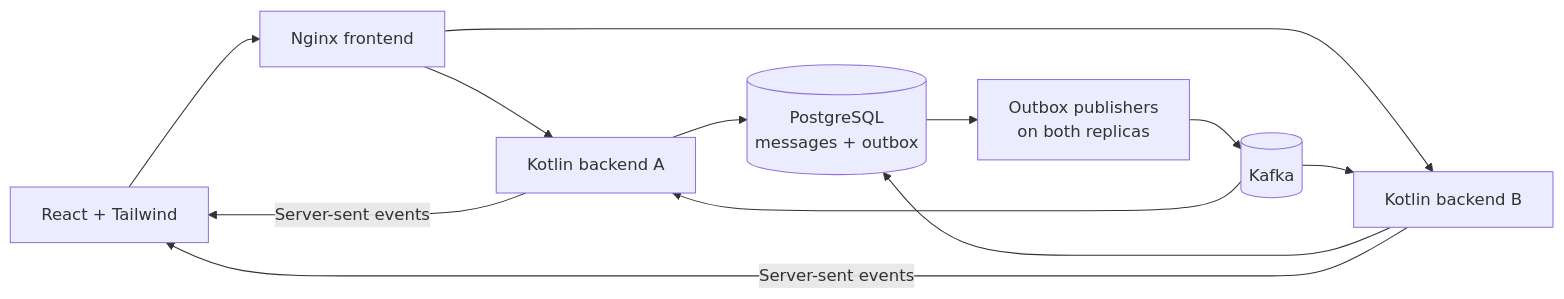
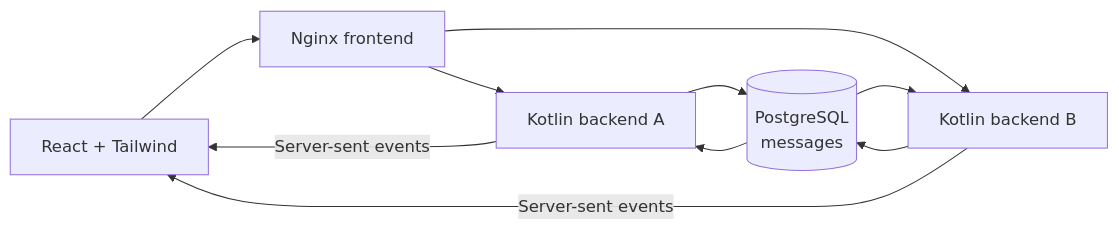
The diagram in README.md (novariiks/nais-distributed-test-app), drawn with Mermaid before and after one commit. The commit also changed other lines of this file and 15 other files, not shown here.

Commit message:
Remove Kafka and deliver chat updates through PostgreSQL

````diff
--- a/README.md
+++ b/README.md
@@ -7,14 +7,12 @@
 ```mermaid
 flowchart LR
     Browser[React + Tailwind] --> Frontend[Nginx frontend]
     Frontend --> A[Kotlin backend A]
     Frontend --> B[Kotlin backend B]
-    A --> DB[(PostgreSQL\nmessages + outbox)]
+    A --> DB[(PostgreSQL\nmessages)]
     B --> DB
-    DB --> Publisher[Outbox publishers\non both replicas]
-    Publisher --> Kafka[(Kafka)]
-    Kafka --> A
-    Kafka --> B
+    DB --> A
+    DB --> B
     A -- Server-sent events --> Browser
     B -- Server-sent events --> Browser
 ```
````
